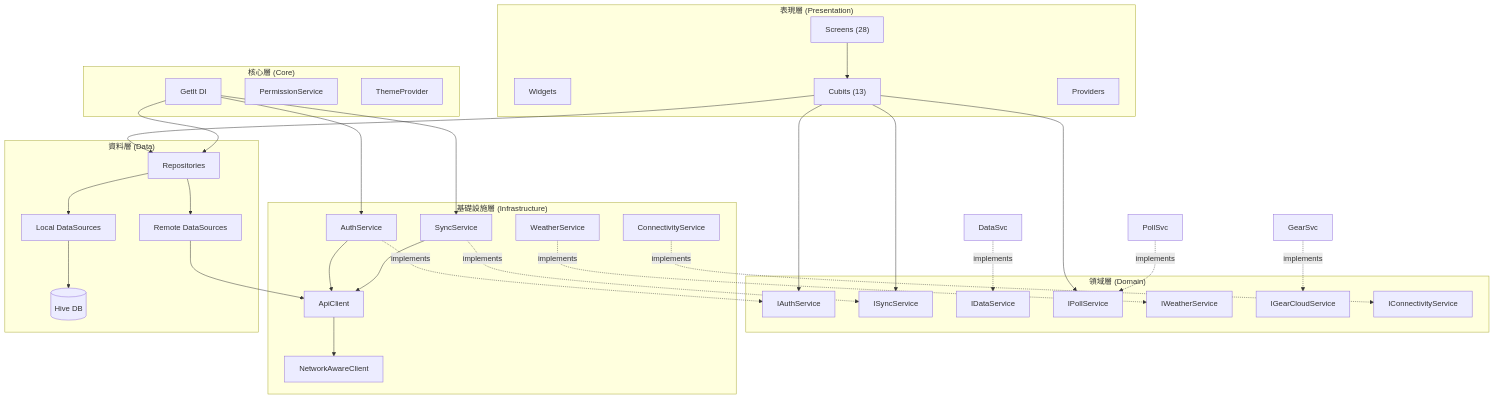
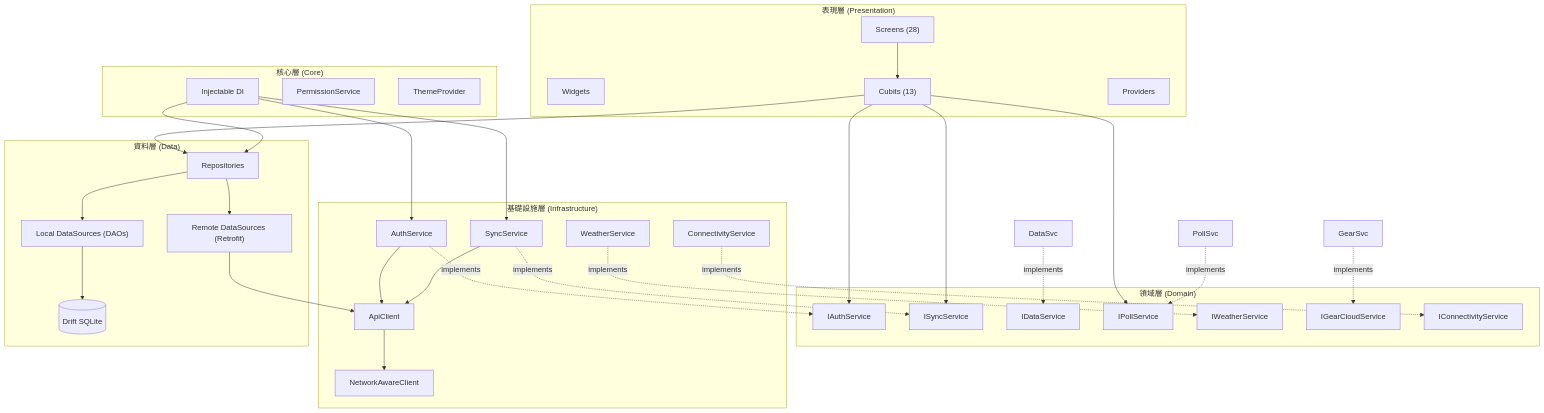
Before and after one commit to dectecx/SummitMate: the first of 3 diagrams in docs/architecture/MODULE_DIAGRAM.md, drawn with Mermaid. The commit also changed other lines of this file and 10 other files, not shown here.

Commit message:
docs: update documentation to reflect migration from Hive to Drift, Provider to Cubit, and GAS to Go DDD

````diff
--- a/docs/architecture/MODULE_DIAGRAM.md
+++ b/docs/architecture/MODULE_DIAGRAM.md
@@ -5,69 +5,69 @@
 ```mermaid
 graph TB
     subgraph Presentation["表現層 (Presentation)"]
         Screens["Screens (28)"]
         Widgets["Widgets"]
         Cubits["Cubits (13)"]
         Providers["Providers"]
     end
 
     subgraph Domain["領域層 (Domain)"]
         IAuth["IAuthService"]
         ISync["ISyncService"]
         IData["IDataService"]
         IPoll["IPollService"]
         IWeather["IWeatherService"]
         IGear["IGearCloudService"]
         IConn["IConnectivityService"]
     end
 
     subgraph Infrastructure["基礎設施層 (Infrastructure)"]
         AuthSvc["AuthService"]
         SyncSvc["SyncService"]
         WeatherSvc["WeatherService"]
         ConnSvc["ConnectivityService"]
 
         ApiClient["ApiClient"]
         NetClient["NetworkAwareClient"]
     end
 
     subgraph Data["資料層 (Data)"]
         Repos["Repositories"]
-        LocalDS["Local DataSources"]
-        RemoteDS["Remote DataSources"]
-        Hive[(Hive DB)]
+        LocalDS["Local DataSources (DAOs)"]
+        RemoteDS["Remote DataSources (Retrofit)"]
+        Drift[(Drift SQLite)]
     end
 
     subgraph Core["核心層 (Core)"]
-        DI["GetIt DI"]
+        DI["Injectable DI"]
         PermSvc["PermissionService"]
         Theme["ThemeProvider"]
     end
 
     %% Presentation -> Domain
     Screens --> Cubits
     Cubits --> IAuth & ISync & IPoll
     Cubits --> Repos
 
     %% Infrastructure implements Domain
     AuthSvc -.->|implements| IAuth
     SyncSvc -.->|implements| ISync
     DataSvc -.->|implements| IData
     PollSvc -.->|implements| IPoll
     WeatherSvc -.->|implements| IWeather
     GearSvc -.->|implements| IGear
     ConnSvc -.->|implements| IConn
 
     %% Infrastructure -> Clients
     AuthSvc --> ApiClient
     SyncSvc --> ApiClient
     ApiClient --> NetClient
 
     %% Data flow
     Repos --> LocalDS & RemoteDS
-    LocalDS --> Hive
+    LocalDS --> Drift
     RemoteDS --> ApiClient
 
     %% Core provides
     DI --> AuthSvc & SyncSvc & Repos
 ```
````
